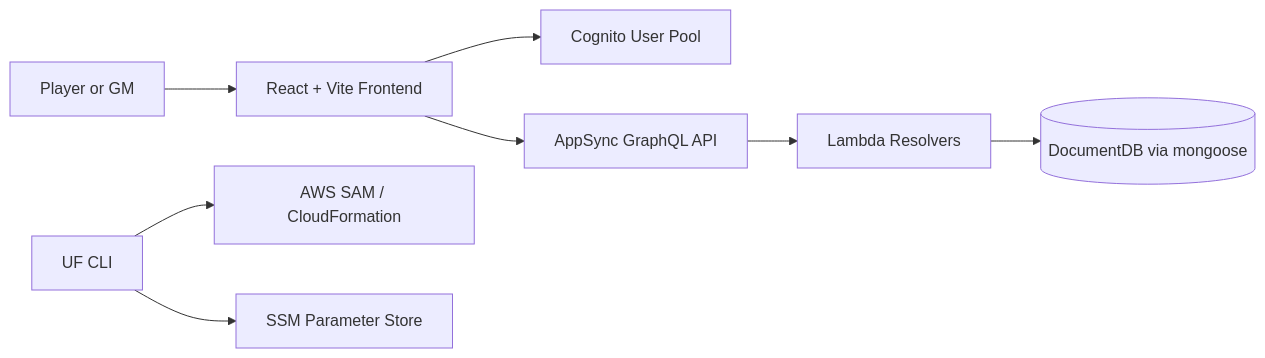
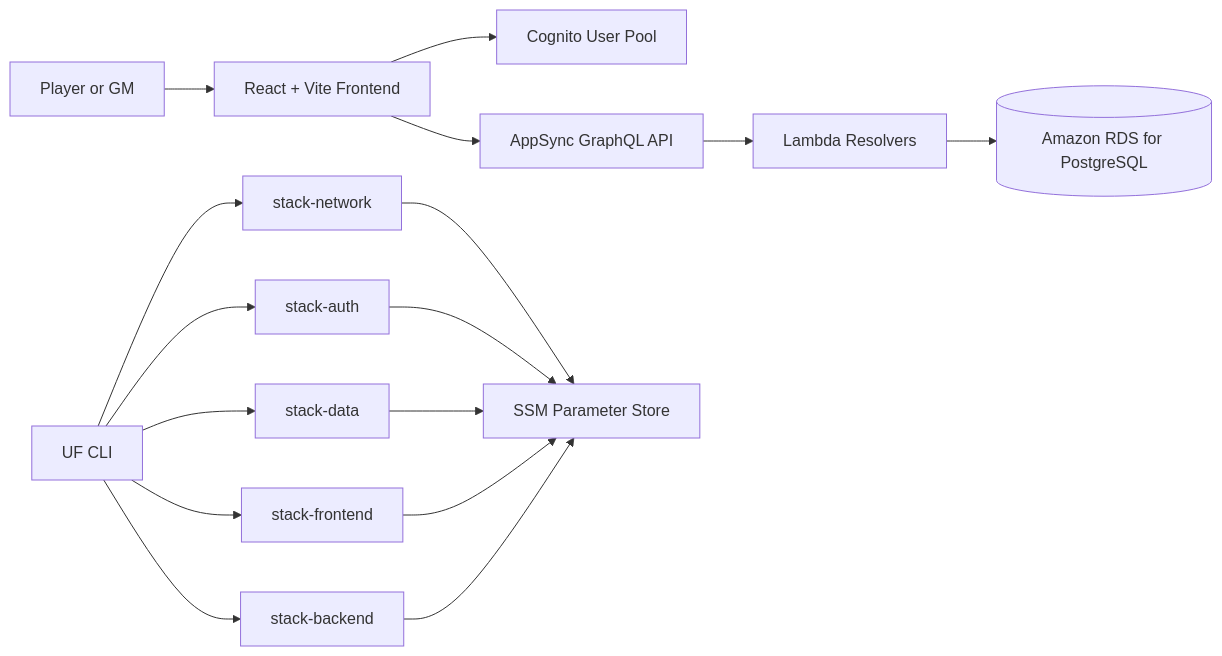
One commit to mazzal1/ultimate-fantasy-webapp changed the diagram in docs/architecture.md. Above: the diagram before and after it, drawn with Mermaid. The commit also changed other lines of this file and 33 other files, not shown here.

````diff
--- a/docs/architecture.md
+++ b/docs/architecture.md
@@ -7,10 +8,18 @@
 ```mermaid
 flowchart LR
   User[Player or GM] --> Frontend[React + Vite Frontend]
   Frontend --> Cognito[Cognito User Pool]
   Frontend --> AppSync[AppSync GraphQL API]
   AppSync --> Lambda[Lambda Resolvers]
-  Lambda --> DocumentDB[(DocumentDB via mongoose)]
-  CLI[UF CLI] --> CloudFormation[AWS SAM / CloudFormation]
-  CLI --> SSM[SSM Parameter Store]
+  Lambda --> RDS[(Amazon RDS for PostgreSQL)]
+  CLI[UF CLI] --> NetworkStack[stack-network]
+  CLI --> AuthStack[stack-auth]
+  CLI --> DataStack[stack-data]
+  CLI --> BackendStack[stack-backend]
+  CLI --> FrontendStack[stack-frontend]
+  NetworkStack --> SSM[SSM Parameter Store]
+  AuthStack --> SSM
+  DataStack --> SSM
+  FrontendStack --> SSM
+  BackendStack --> SSM
 ```
````
